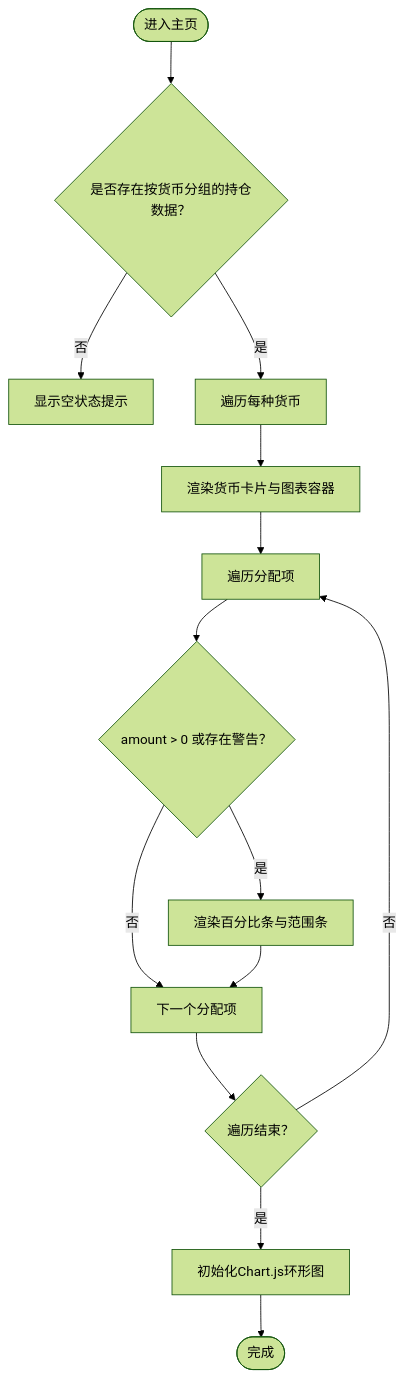
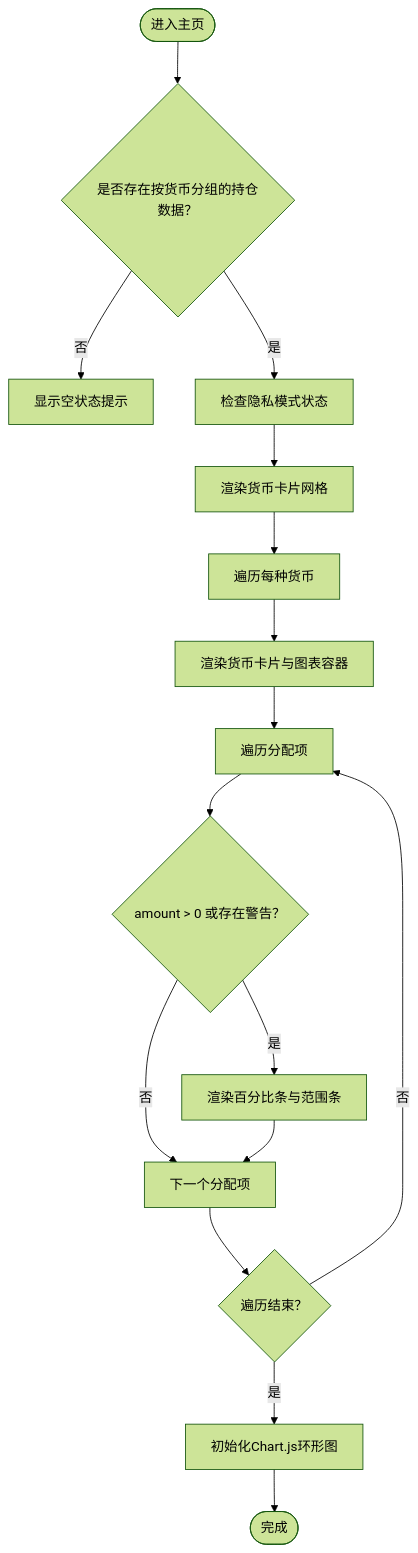
One commit to macrohuang/invest-log changed the third of 7 diagrams in .qoder/repowiki/zh/content/前端模板系统/前端模板系统.md. Above: the diagram before and after it, drawn with Mermaid (forest theme). The commit also changed other lines of this file and 11 other files, not shown here.

````diff
--- a/.qoder/repowiki/zh/content/前端模板系统/前端模板系统.md
+++ b/.qoder/repowiki/zh/content/前端模板系统/前端模板系统.md
@@ -143,16 +166,18 @@
 ```mermaid
 flowchart TD
 Start(["进入主页"]) --> CheckData{"是否存在按货币分组的持仓数据？"}
 CheckData --> |否| Empty["显示空状态提示"]
-CheckData --> |是| LoopCurrency["遍历每种货币"]
+CheckData --> |是| PrivacyMode["检查隐私模式状态"]
+PrivacyMode --> RenderCards["渲染货币卡片网格"]
+RenderCards --> LoopCurrency["遍历每种货币"]
 LoopCurrency --> RenderCard["渲染货币卡片与图表容器"]
 RenderCard --> LoopAlloc["遍历分配项"]
 LoopAlloc --> FilterAmt{"amount > 0 或存在警告？"}
 FilterAmt --> |否| NextAlloc["下一个分配项"]
 FilterAmt --> |是| RenderBar["渲染百分比条与范围条"]
 RenderBar --> NextAlloc
 NextAlloc --> Done{"遍历结束？"}
 Done --> |否| LoopAlloc
 Done --> |是| InitChart["初始化Chart.js环形图"]
 InitChart --> End(["完成"])
 ```
````
